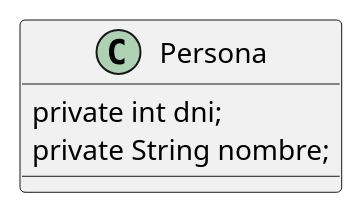
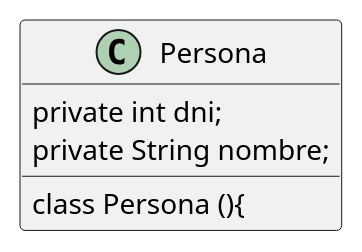
One commit to alemendive/ArgentinaPrograma4.0-Egg-Backend changed the diagram in Argentina Programa 4.0/Programar Guide 10 Collections/Guia10-Extra4-CodigoPostal/src/main/test.puml. Above: the diagram before and after it, drawn with PlantUML. The commit also changed 33 other files, not shown here.

```diff
--- a/Argentina Programa 4.0/Programar Guide 10 Collections/Guia10-Extra4-CodigoPostal/src/main/test.puml
+++ b/Argentina Programa 4.0/Programar Guide 10 Collections/Guia10-Extra4-CodigoPostal/src/main/test.puml
@@ -1,8 +1,12 @@
 @startuml
 
 class Persona{
 private int dni;
 private String nombre;
+
+class Persona (){
+}
+
 }
 
 @enduml
```
